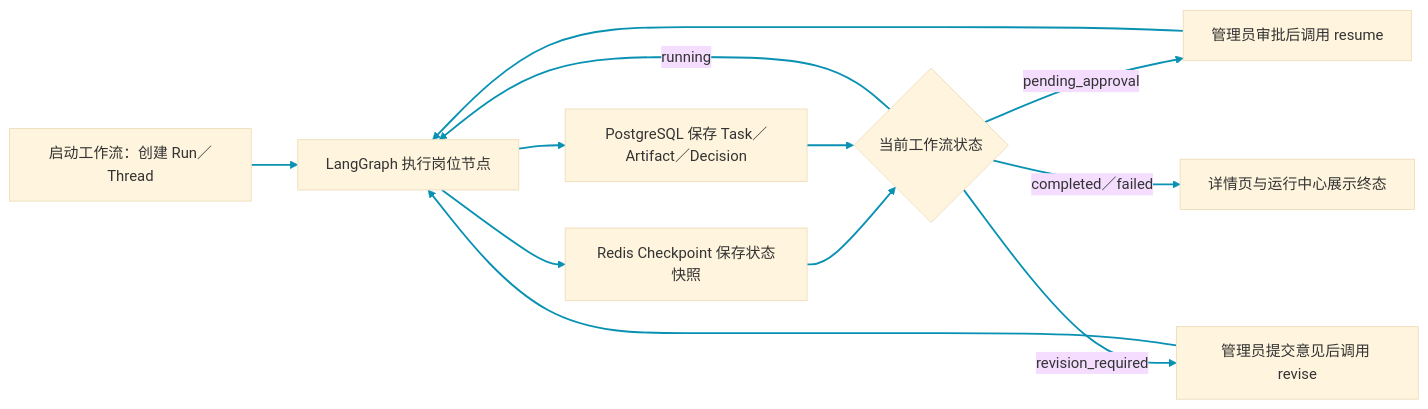
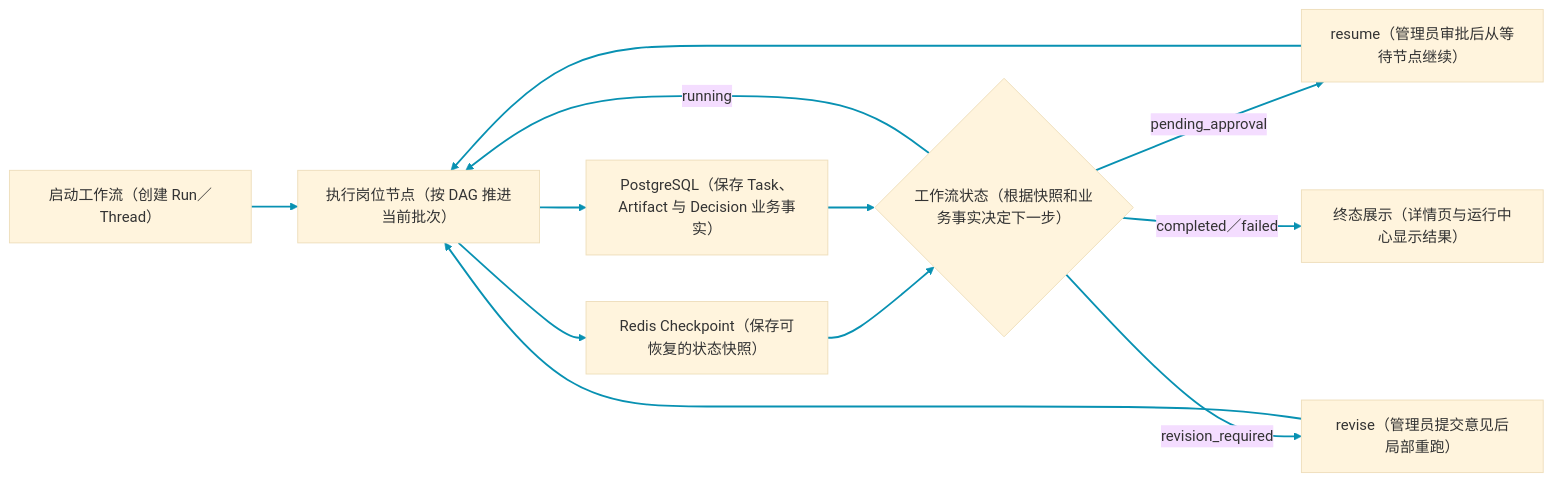
Before and after one commit to monstereatai/RAG: the tenth of 29 diagrams in docs/interview/功能步骤流程.md, drawn with Mermaid (base theme). The commit also changed other lines of this file and 1 other file, not shown here.

````diff
--- a/docs/interview/功能步骤流程.md
+++ b/docs/interview/功能步骤流程.md
@@ -471,15 +476,15 @@
 ```mermaid
 flowchart LR
-  A[启动工作流：创建 Run／Thread] --> B[LangGraph 执行岗位节点]
-  B --> C[Redis Checkpoint 保存状态快照]
-  B --> D[PostgreSQL 保存 Task／Artifact／Decision]
-  C --> E{当前工作流状态}
+  A[启动工作流（创建 Run／Thread）] --> B[执行岗位节点（按 DAG 推进当前批次）]
+  B --> C[Redis Checkpoint（保存可恢复的状态快照）]
+  B --> D[PostgreSQL（保存 Task、Artifact 与 Decision 业务事实）]
+  C --> E{工作流状态（根据快照和业务事实决定下一步）}
   D --> E
   E -->|running| B
-  E -->|pending_approval| F[管理员审批后调用 resume]
-  E -->|revision_required| G[管理员提交意见后调用 revise]
+  E -->|pending_approval| F[resume（管理员审批后从等待节点继续）]
+  E -->|revision_required| G[revise（管理员提交意见后局部重跑）]
   F --> B
   G --> B
-  E -->|completed／failed| H[详情页与运行中心展示终态]
+  E -->|completed／failed| H[终态展示（详情页与运行中心显示结果）]
   linkStyle 0,1,2,3,4,5,6,7,8,9,10 stroke:#0891b2,stroke-width:2px
 ```
````
